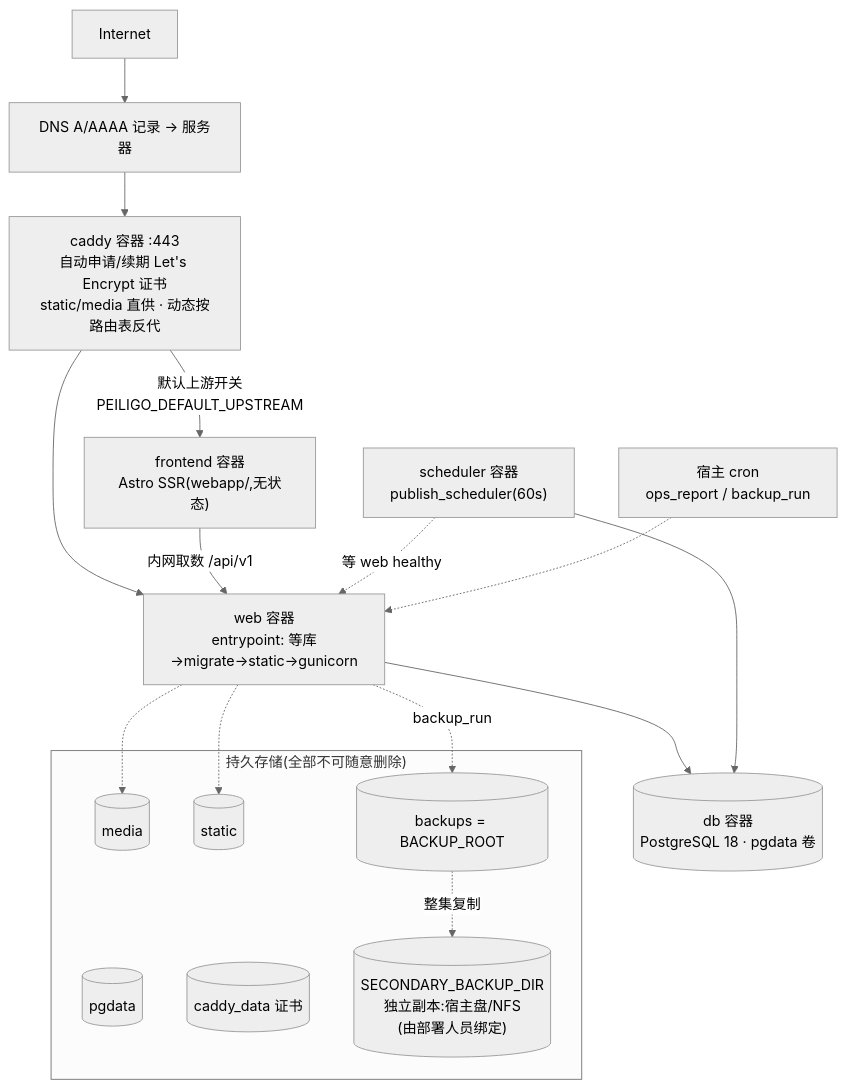
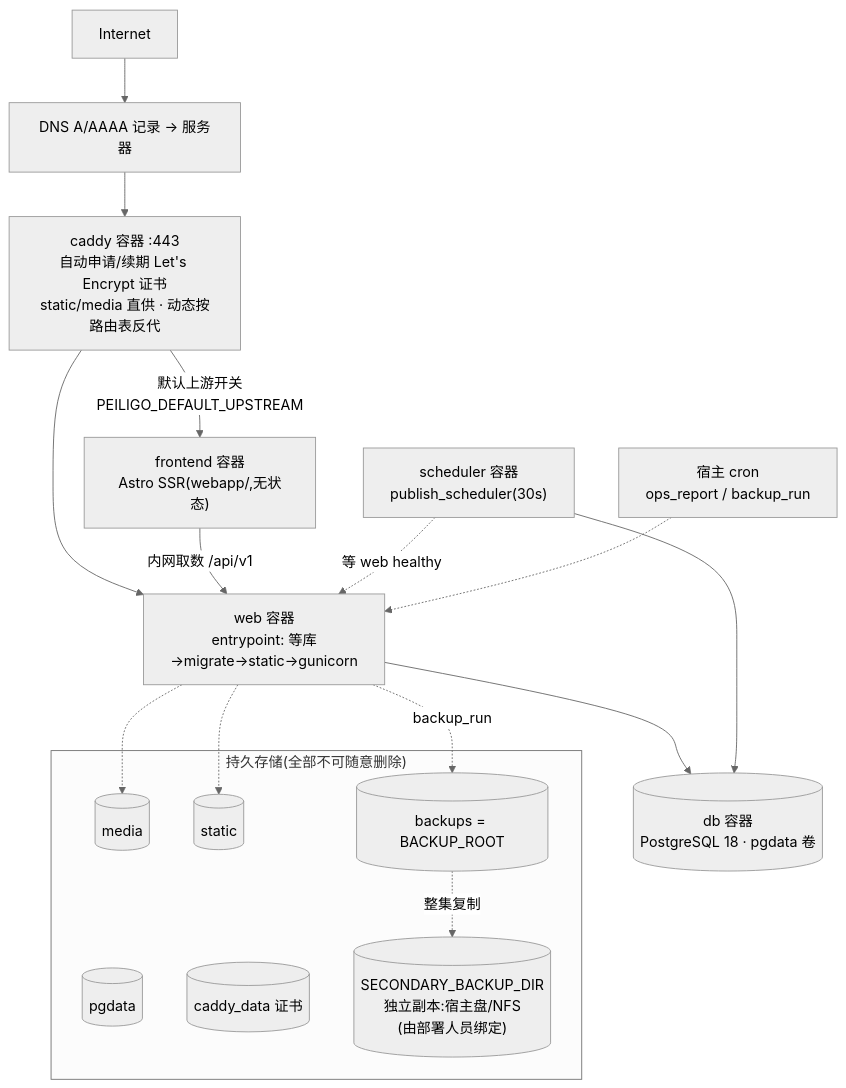
The diagram in docs/guides/SERVER_DEPLOYMENT_GUIDE.md (luehunnie/peiligo), drawn with Mermaid (neutral theme) before and after one commit. The commit also changed 7 other files, not shown here.

````diff
--- a/docs/guides/SERVER_DEPLOYMENT_GUIDE.md
+++ b/docs/guides/SERVER_DEPLOYMENT_GUIDE.md
@@ -28,24 +28,24 @@
 ```mermaid
 flowchart TB
     NET["Internet"] --> DNS["DNS A/AAAA 记录 → 服务器"]
     DNS --> CADDY["caddy 容器 :443<br/>自动申请/续期 Let's Encrypt 证书<br/>static/media 直供 · 动态按路由表反代"]
     CADDY --> WEB["web 容器<br/>entrypoint: 等库→migrate→static→gunicorn"]
     CADDY -->|"默认上游开关<br/>PEILIGO_DEFAULT_UPSTREAM"| FE["frontend 容器<br/>Astro SSR(webapp/,无状态)"]
     FE -->|内网取数 /api/v1| WEB
     WEB --> DB[("db 容器<br/>PostgreSQL 18 · pgdata 卷")]
-    SCH["scheduler 容器<br/>publish_scheduler(60s)"] --> DB
+    SCH["scheduler 容器<br/>publish_scheduler(30s)"] --> DB
     SCH -.->|等 web healthy| WEB
     subgraph PERSIST ["持久存储(全部不可随意删除)"]
         V1[("pgdata")]
         V2[("media")]
         V3[("static")]
         V4[("backups = BACKUP_ROOT")]
         V5[("caddy_data 证书")]
         EXT[("SECONDARY_BACKUP_DIR<br/>独立副本:宿主盘/NFS<br/>(由部署人员绑定)")]
     end
     WEB -.-> V2
     WEB -.-> V3
     WEB -.->|backup_run| V4
     V4 -.->|整集复制| EXT
     MON["宿主 cron<br/>ops_report / backup_run"] -.-> WEB
 ```
````
